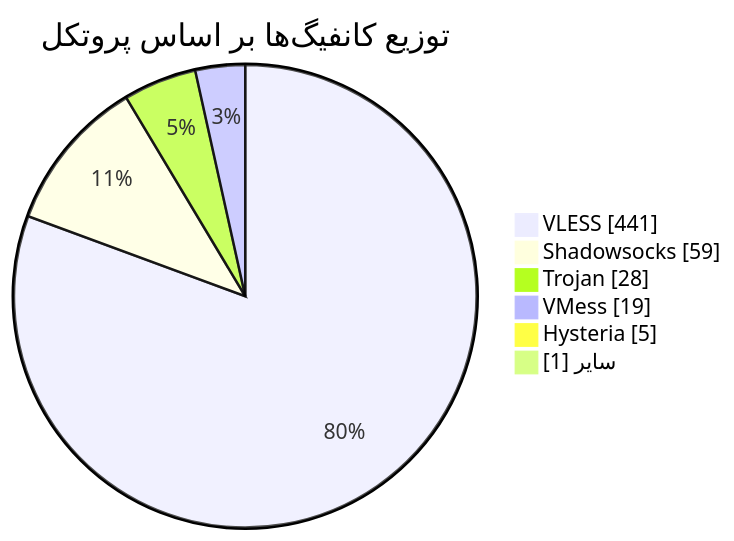
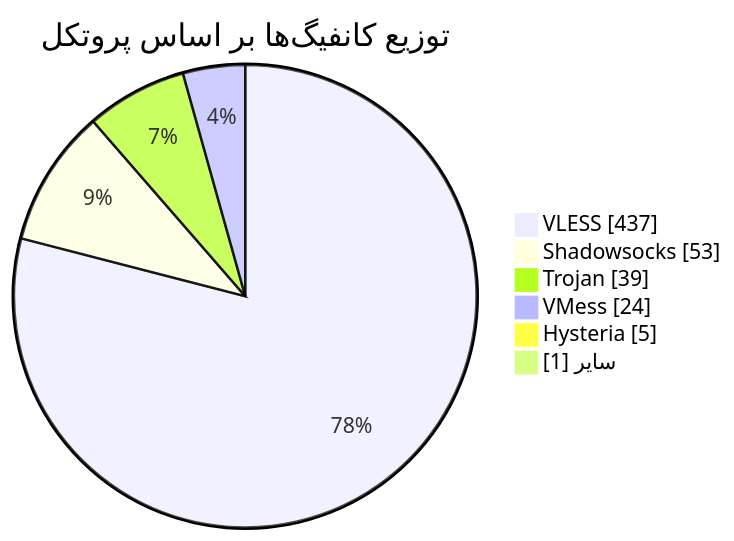
One commit to Arian-Alijani/Somthing changed the diagram in README.md. Above: the diagram before and after it, drawn with Mermaid. The commit also changed other lines of this file and 87 other files, not shown here.

````diff
--- a/README.md
+++ b/README.md
@@ -48,10 +48,10 @@
 ```mermaid
 pie showData
     title توزیع کانفیگ‌ها بر اساس پروتکل
-    "VLESS" : 441
-    "Shadowsocks" : 59
-    "Trojan" : 28
-    "VMess" : 19
+    "VLESS" : 437
+    "Shadowsocks" : 53
+    "Trojan" : 39
+    "VMess" : 24
     "Hysteria" : 5
     "سایر" : 1
 ```
````
